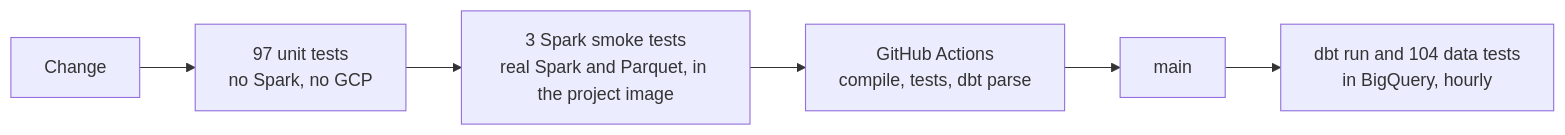
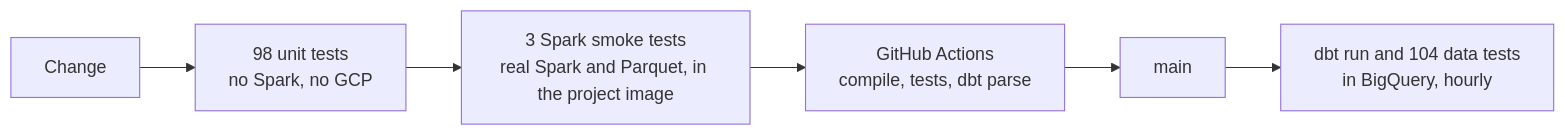
Before and after one commit to TomasRipsky/marineflow: the fifth of 5 diagrams in README.md, drawn with Mermaid. The commit also changed other lines of this file and 5 other files, not shown here.

````diff
--- a/README.md
+++ b/README.md
@@ -440,8 +440,8 @@
 ```mermaid
 flowchart LR
-    change["Change"] --> unit["97 unit tests<br/>no Spark, no GCP"]
+    change["Change"] --> unit["98 unit tests<br/>no Spark, no GCP"]
     unit --> smoke["3 Spark smoke tests<br/>real Spark and Parquet, in the project image"]
     smoke --> ci["GitHub Actions<br/>compile, tests, dbt parse"]
     ci --> main["main"]
     main --> dbt["dbt run and 104 data tests<br/>in BigQuery, hourly"]
 ```
````
